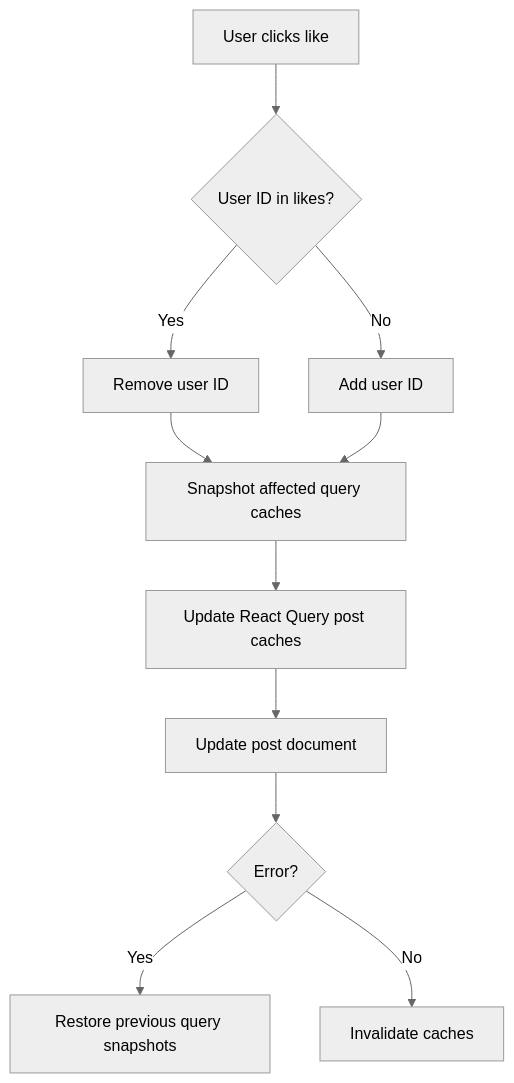
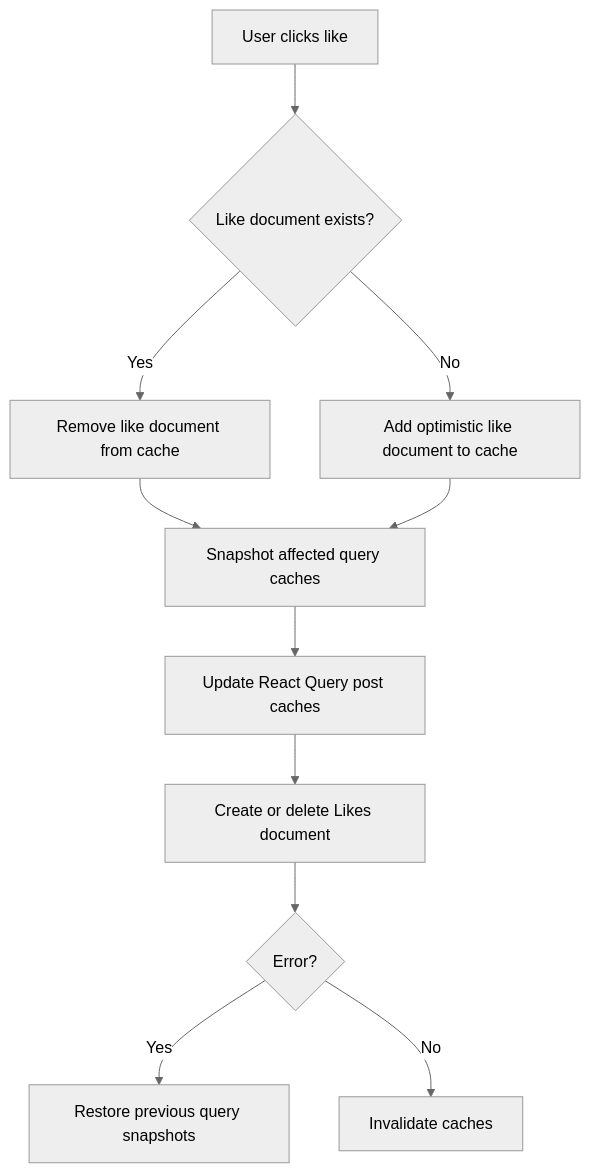
Before and after one commit to BINIT-Nayak/Snapgram: the second of 13 diagrams in docs/LLD.md, drawn with Mermaid (neutral theme). The commit also changed other lines of this file and 26 other files, not shown here.

````diff
--- a/docs/LLD.md
+++ b/docs/LLD.md
@@ -382,24 +401,24 @@
 ```mermaid
 flowchart TD
   Click[User clicks like]
-  HasLiked{User ID in likes?}
-  Remove[Remove user ID]
-  Add[Add user ID]
+  HasLiked{Like document exists?}
+  Remove[Remove like document from cache]
+  Add[Add optimistic like document to cache]
   Snapshot[Snapshot affected query caches]
   Cache[Update React Query post caches]
-  Mutate[Update post document]
+  Mutate[Create or delete Likes document]
   Error{Error?}
   Rollback[Restore previous query snapshots]
   Done[Invalidate caches]
 
   Click --> HasLiked
   HasLiked -->|Yes| Remove
   HasLiked -->|No| Add
   Remove --> Snapshot
   Add --> Snapshot
   Snapshot --> Cache
   Cache --> Mutate
   Mutate --> Error
   Error -->|Yes| Rollback
   Error -->|No| Done
 ```
````
